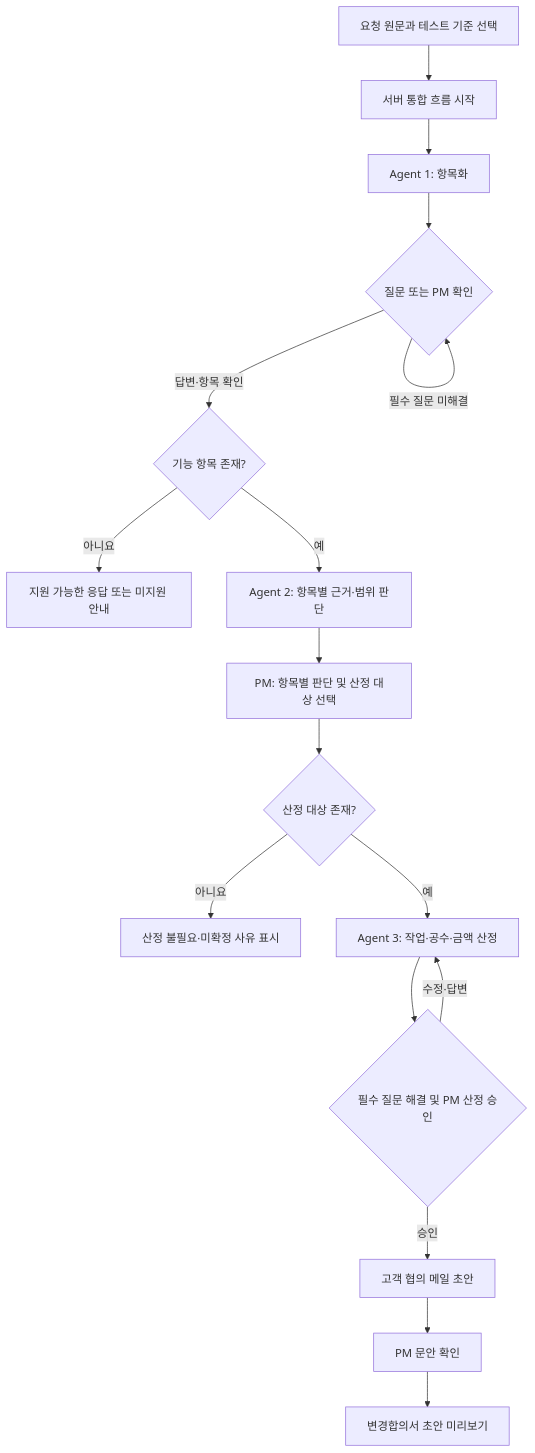
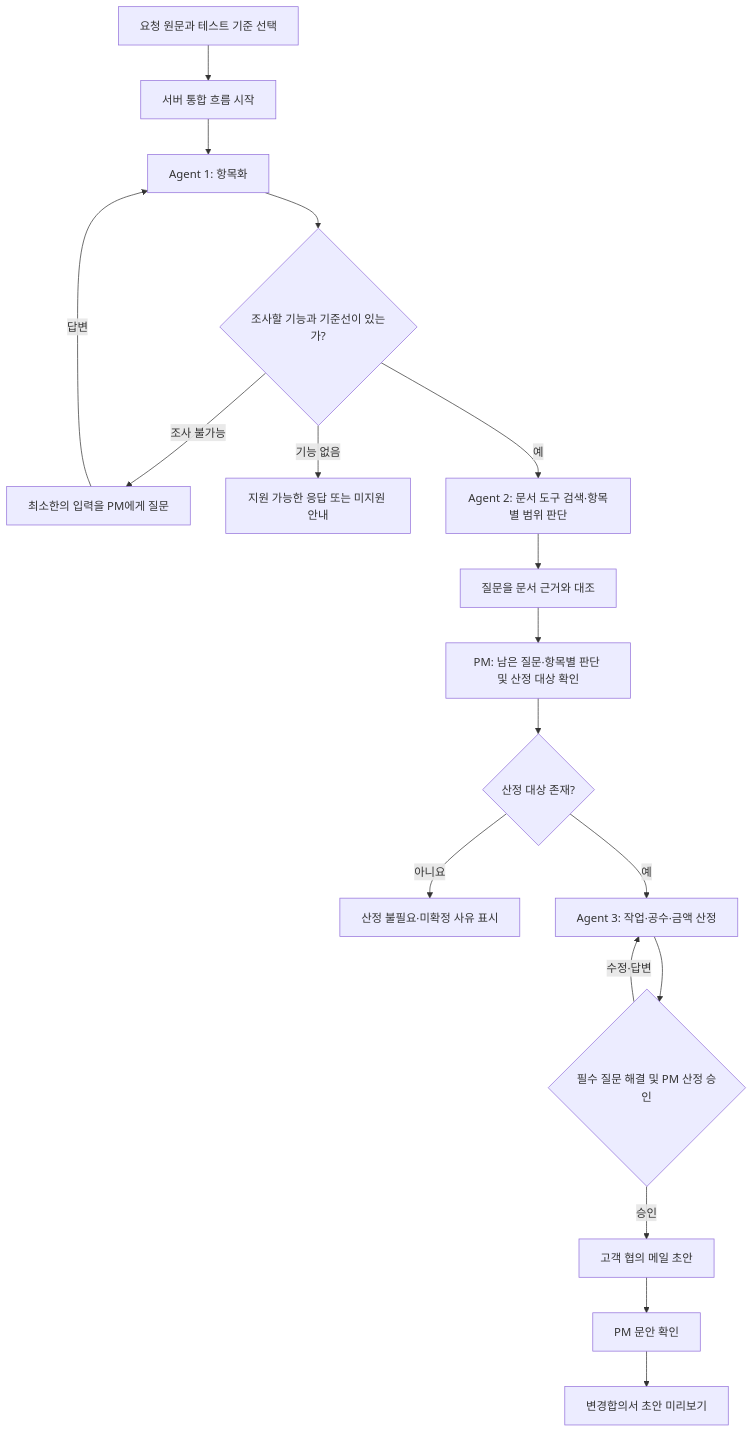
Before and after one commit to Weave-B2B/weave-ai-agent: the diagram in docs/prototype/integrated-request-analysis-plan.md, drawn with Mermaid. The commit also changed other lines of this file, not shown here.

````diff
--- a/docs/prototype/integrated-request-analysis-plan.md
+++ b/docs/prototype/integrated-request-analysis-plan.md
@@ -80,19 +82,20 @@
 ```mermaid
 flowchart TD
     A[요청 원문과 테스트 기준 선택] --> B[서버 통합 흐름 시작]
     B --> C[Agent 1: 항목화]
-    C --> D{질문 또는 PM 확인}
-    D -->|답변·항목 확인| E{기능 항목 존재?}
-    D -->|필수 질문 미해결| D
-    E -->|아니요| X[지원 가능한 응답 또는 미지원 안내]
-    E -->|예| F[Agent 2: 항목별 근거·범위 판단]
-    F --> G[PM: 항목별 판단 및 산정 대상 선택]
+    C --> E{조사할 기능과 기준선이 있는가?}
+    E -->|조사 불가능| D[최소한의 입력을 PM에게 질문]
+    D -->|답변| C
+    E -->|기능 없음| X[지원 가능한 응답 또는 미지원 안내]
+    E -->|예| F[Agent 2: 문서 도구 검색·항목별 범위 판단]
+    F --> Q[질문을 문서 근거와 대조]
+    Q --> G[PM: 남은 질문·항목별 판단 및 산정 대상 확인]
     G --> H{산정 대상 존재?}
     H -->|아니요| Y[산정 불필요·미확정 사유 표시]
     H -->|예| I[Agent 3: 작업·공수·금액 산정]
     I --> J{필수 질문 해결 및 PM 산정 승인}
     J -->|수정·답변| I
     J -->|승인| K[고객 협의 메일 초안]
     K --> L[PM 문안 확인]
     L --> M[변경합의서 초안 미리보기]
 ```
````
